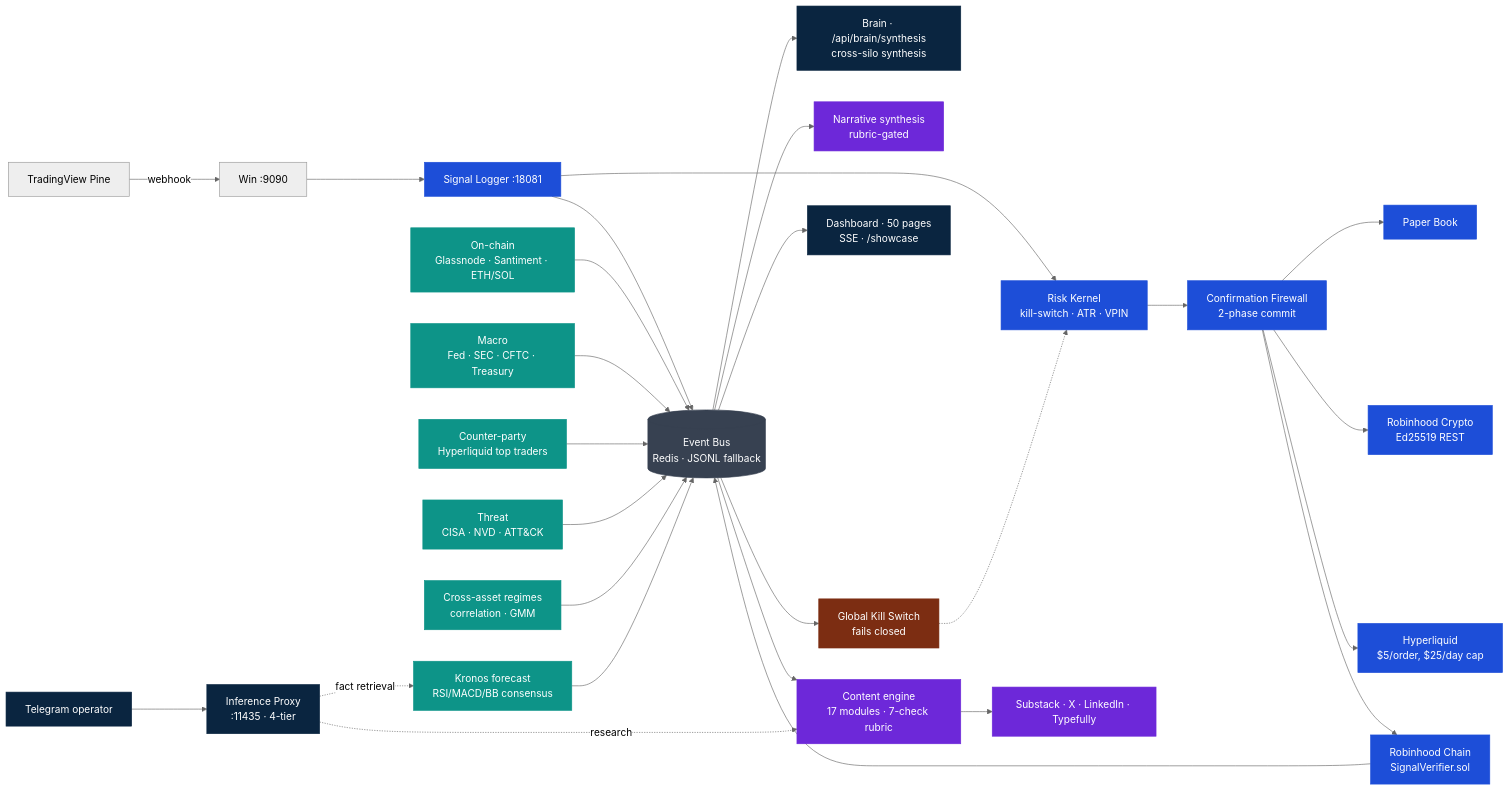
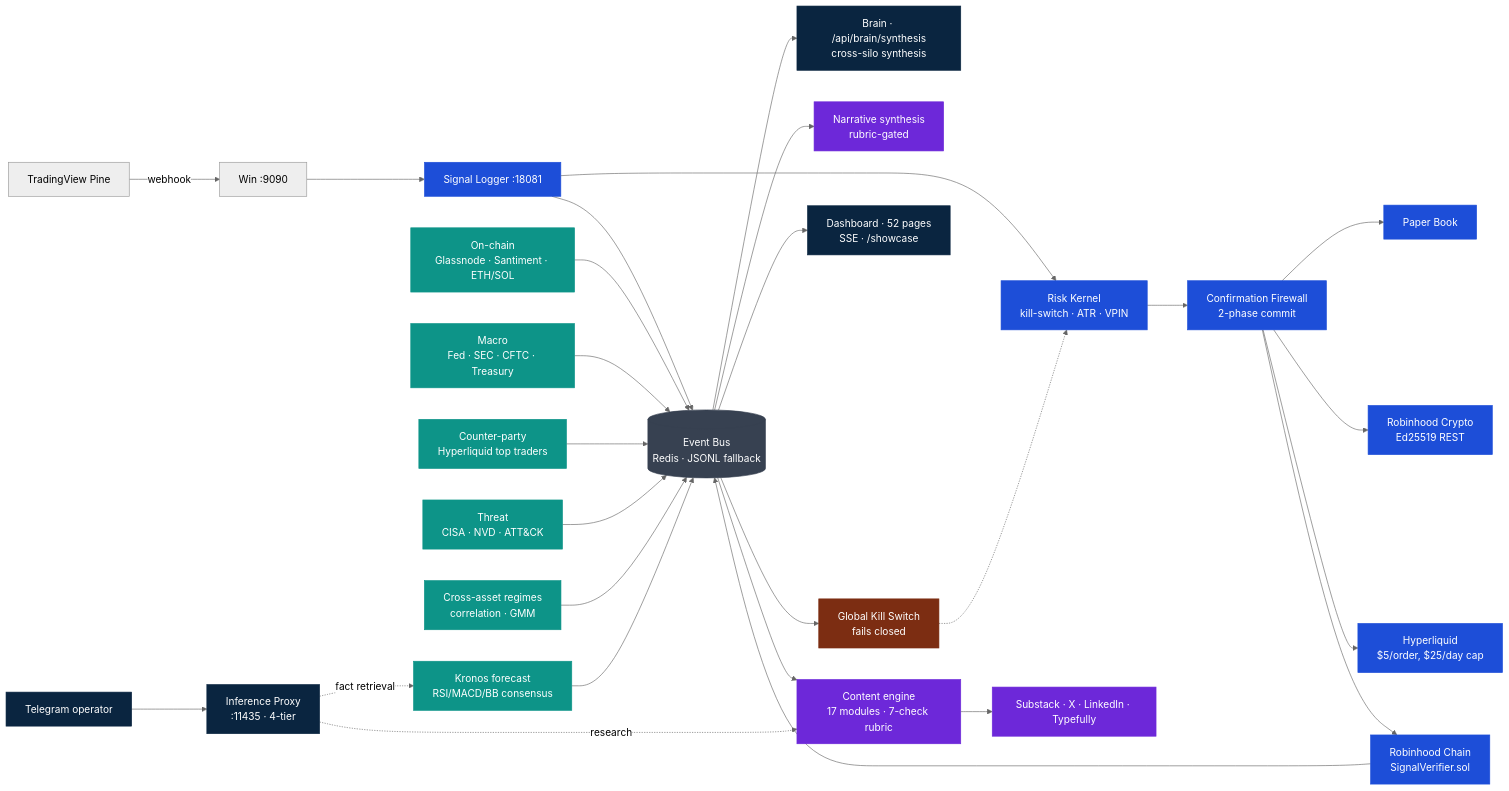
Before and after one commit to arigatoexpress/Sapphire: the first of 2 diagrams in README.md, drawn with Mermaid (neutral theme). The commit also changed other lines of this file, not shown here.

````diff
--- a/README.md
+++ b/README.md
@@ -103,42 +103,42 @@
 ```mermaid
 flowchart LR
     classDef edge       fill:#0A2540,stroke:#0A2540,color:#fff
     classDef trading    fill:#1d4ed8,stroke:#1d4ed8,color:#fff
     classDef intel      fill:#0d9488,stroke:#0d9488,color:#fff
     classDef security   fill:#7c2d12,stroke:#7c2d12,color:#fff
     classDef content    fill:#6d28d9,stroke:#6d28d9,color:#fff
     classDef storage    fill:#374151,stroke:#374151,color:#fff
 
     Operator[Telegram operator]:::edge
     InferenceProxy[Inference Proxy<br/>:11435 · 4-tier]:::edge
 
     TV[TradingView Pine] -->|webhook| Win[Win :9090] --> SL[Signal Logger :18081]:::trading
     SL --> RK[Risk Kernel<br/>kill-switch · ATR · VPIN]:::trading
     RK --> CF[Confirmation Firewall<br/>2-phase commit]:::trading
     CF --> Paper[Paper Book]:::trading
     CF --> RH[Robinhood Crypto<br/>Ed25519 REST]:::trading
     CF --> HL[Hyperliquid<br/>$5/order, $25/day cap]:::trading
     CF --> Chain[Robinhood Chain<br/>SignalVerifier.sol]:::trading
 
     Bus[(Event Bus<br/>Redis · JSONL fallback)]:::storage
 
     SL --> Bus
     Chain --> Bus
 
     OnChain[On-chain<br/>Glassnode · Santiment · ETH/SOL]:::intel --> Bus
     Macro[Macro<br/>Fed · SEC · CFTC · Treasury]:::intel --> Bus
     CP[Counter-party<br/>Hyperliquid top traders]:::intel --> Bus
     Threat[Threat<br/>CISA · NVD · ATT&CK]:::intel --> Bus
     Regime[Cross-asset regimes<br/>correlation · GMM]:::intel --> Bus
     Predict[Kronos forecast<br/>RSI/MACD/BB consensus]:::intel --> Bus
 
     Bus --> Brain[Brain · /api/brain/synthesis<br/>cross-silo synthesis]:::edge
     Bus --> Narrative[Narrative synthesis<br/>rubric-gated]:::content
     Bus --> Content[Content engine<br/>17 modules · 7-check rubric]:::content --> Pubs[Substack · X · LinkedIn · Typefully]:::content
-    Bus --> Dashboard[Dashboard · 50 pages<br/>SSE · /showcase]:::edge
+    Bus --> Dashboard[Dashboard · 52 pages<br/>SSE · /showcase]:::edge
     Bus --> KS[Global Kill Switch<br/>fails closed]:::security -.-> RK
 
     Operator --> InferenceProxy
     InferenceProxy -.fact retrieval.-> Predict
     InferenceProxy -.research.-> Content
 ```
````
